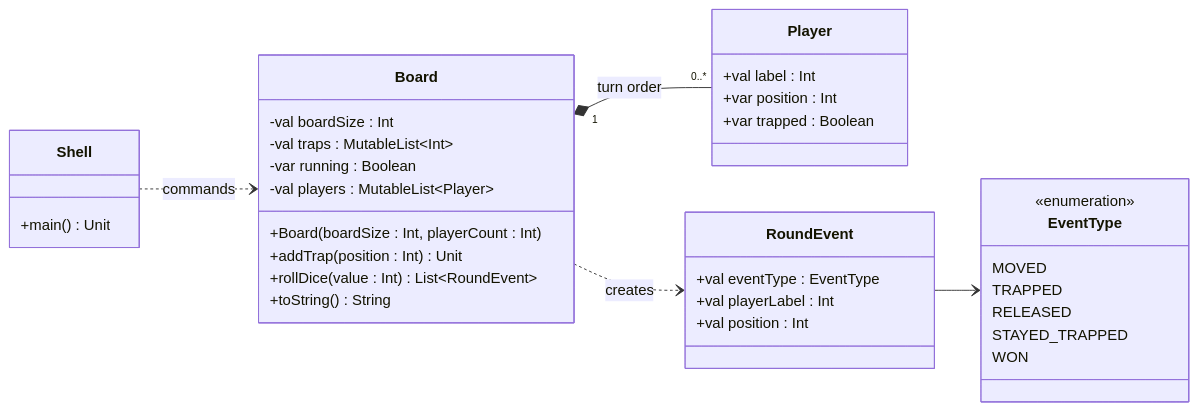
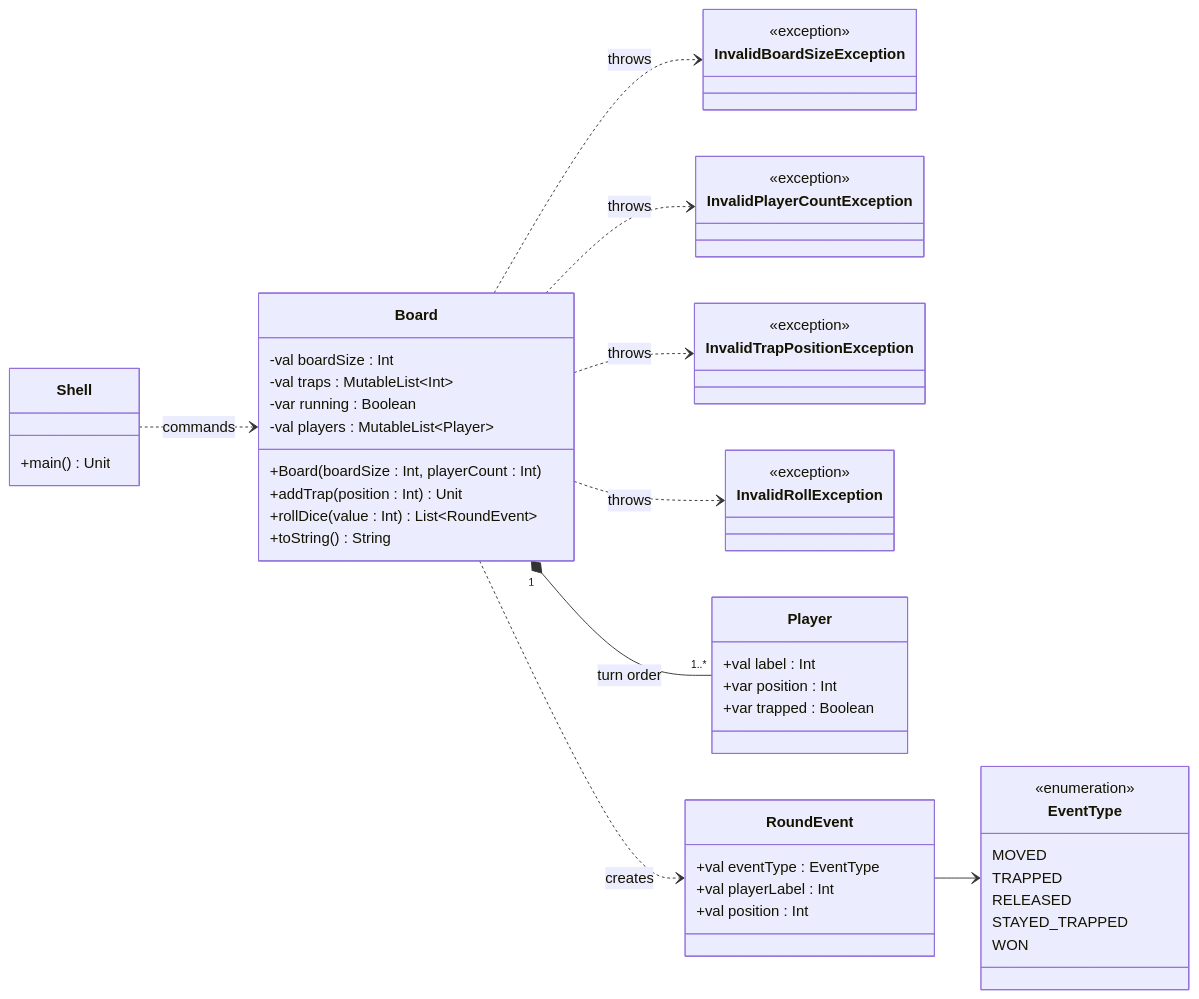
One commit to qxcodepoo/arcade changed the diagram in labs/tabuleiro/README.md. Above: the diagram before and after it, drawn with Mermaid. The commit also changed other lines of this file and 44 other files, not shown here.

````diff
--- a/labs/tabuleiro/README.md
+++ b/labs/tabuleiro/README.md
@@ -67,46 +71,66 @@
 ```mermaid
 %%{init: {'fontFamily': 'monospace'}}%%
 classDiagram
     direction LR
 
     class EventType {
         <<enumeration>>
         MOVED
         TRAPPED
         RELEASED
         STAYED_TRAPPED
         WON
+    }
+
+    class InvalidBoardSizeException {
+        <<exception>>
+    }
+
+    class InvalidPlayerCountException {
+        <<exception>>
+    }
+
+    class InvalidTrapPositionException {
+        <<exception>>
+    }
+
+    class InvalidRollException {
+        <<exception>>
     }
 
     class Player {
         +val label : Int
         +var position : Int
         +var trapped : Boolean
     }
 
     class RoundEvent {
         +val eventType : EventType
         +val playerLabel : Int
         +val position : Int
     }
 
     class Board {
         -val boardSize : Int
         -val traps : MutableList~Int~
         -var running : Boolean
         -val players : MutableList~Player~
         +Board(boardSize : Int, playerCount : Int)
         +addTrap(position : Int) Unit
         +rollDice(value : Int) List~RoundEvent~
         +toString() String
     }
 
     class Shell {
         +main() Unit
     }
 
-    Board "1" *-- "0..*" Player : turn order
+    Board "1" *-- "1..*" Player : turn order
     Board ..> RoundEvent : creates
+    Board ..> InvalidBoardSizeException : throws
+    Board ..> InvalidPlayerCountException : throws
+    Board ..> InvalidTrapPositionException : throws
+    Board ..> InvalidRollException : throws
     RoundEvent --> EventType
     Shell ..> Board : commands
 ```
````
